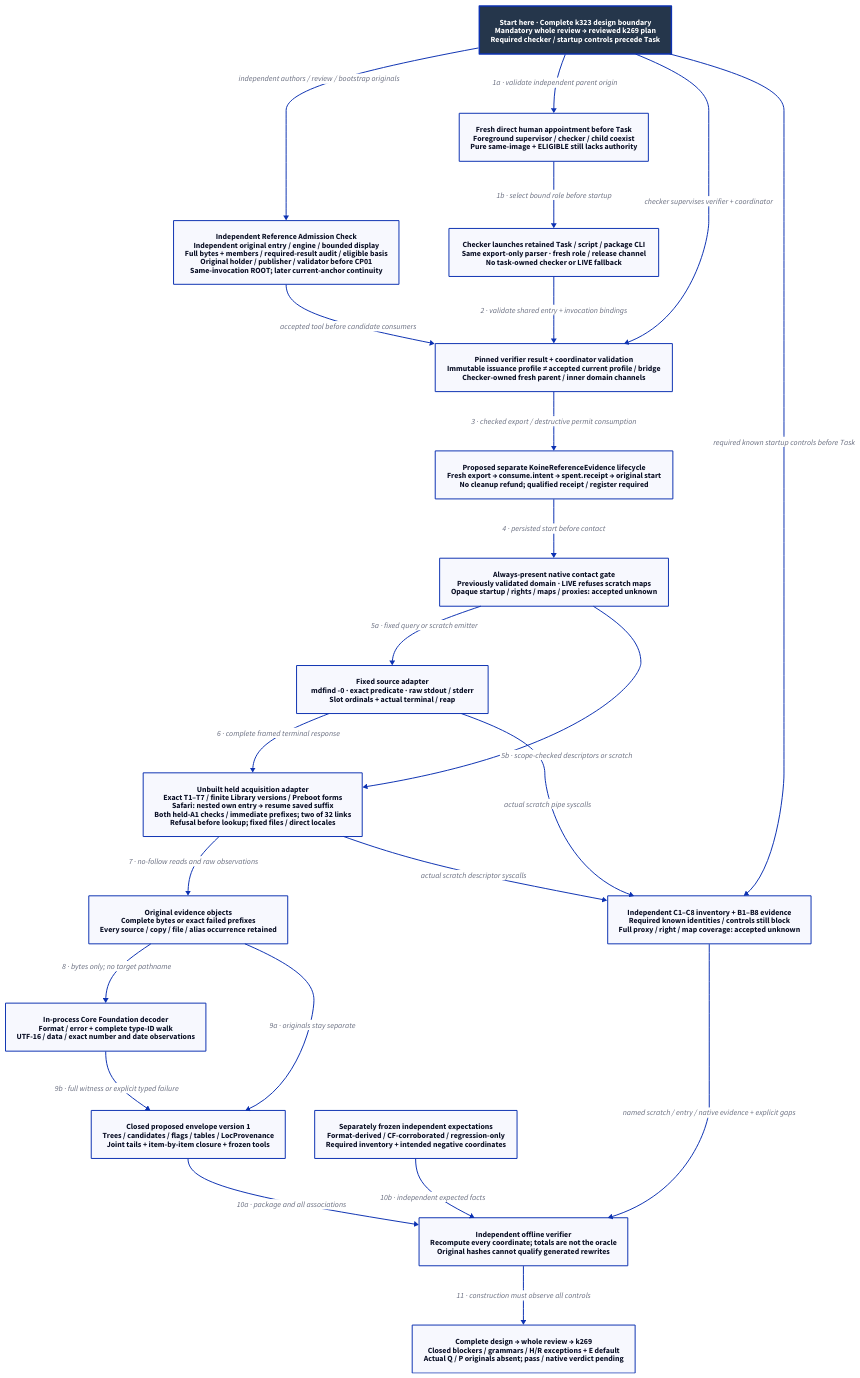
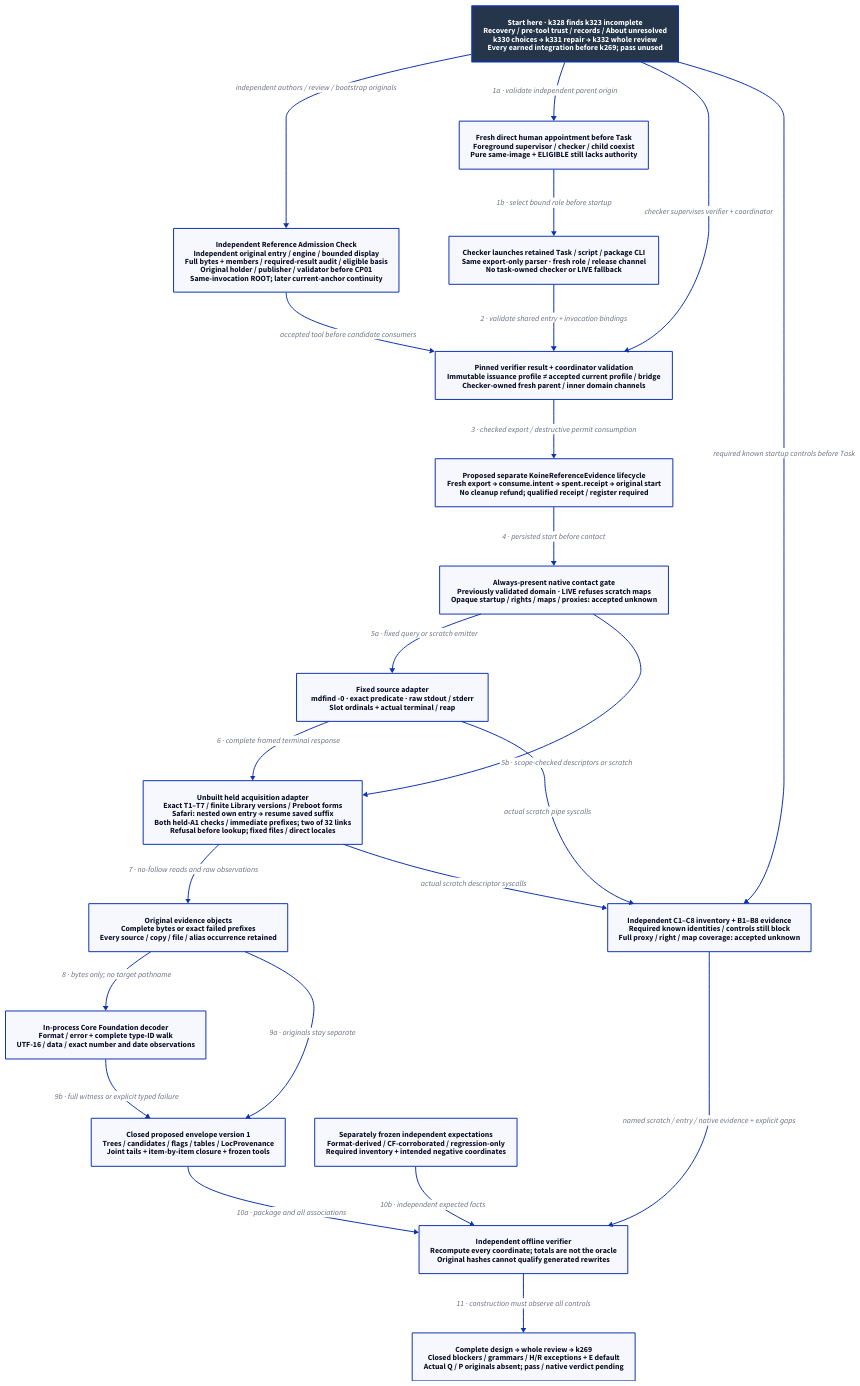
One commit to Linkuistics/Koine changed the diagram in docs/design/architecture/native-reference-instrument.d2. Above: the diagram before and after it, drawn with D2. The commit also changed 50 other files, not shown here.

Commit message:
Integrate practical admission review; place recovery decisions and whole replacement before construction (reference-evidence-practical-admission-k329)

```diff
--- a/docs/design/architecture/native-reference-instrument.d2
+++ b/docs/design/architecture/native-reference-instrument.d2
@@ -1,43 +1,43 @@
-# Proposed evidence-tool components; none is implemented or qualified by this design.
+# Reviewed k323 proposal; k330/k331/k332 replacement and integrations precede k269.
 direction: down
 classes: {
   start: {style: {fill: "#25364B"; font-color: "#FFFFFF"; bold: true; stroke-width: 3}}
 }
-Start: "Start here · Complete k323 design boundary\nMandatory whole review → reviewed k269 plan\nRequired checker / startup controls precede Task" {class: start}
+Start: "Start here · k328 finds k323 incomplete\nRecovery / pre-tool trust / records / About unresolved\nk330 choices → k331 repair → k332 whole review\nEvery earned integration before k269; pass unused" {class: start}
 Role: "Fresh direct human appointment before Task\nForeground supervisor / checker / child coexist\nPure same-image + ELIGIBLE still lacks authority"
 Task: "Checker launches retained Task / script / package CLI\nSame export-only parser · fresh role / release channel\nNo task-owned checker or LIVE fallback"
 Admission: "Pinned verifier result + coordinator validation\nImmutable issuance profile ≠ accepted current profile / bridge\nChecker-owned fresh parent / inner domain channels"
 Authority: "Proposed separate KoineReferenceEvidence lifecycle\nFresh export → consume.intent → spent.receipt → original start\nNo cleanup refund; qualified receipt / register required"
 Gate: "Always-present native contact gate\nPreviously validated domain · LIVE refuses scratch maps\nOpaque startup / rights / maps / proxies: accepted unknown"
 Source: "Fixed source adapter\nmdfind -0 · exact predicate · raw stdout / stderr\nSlot ordinals + actual terminal / reap"
 Held: "Unbuilt held acquisition adapter\nExact T1–T7 / finite Library versions / Preboot forms\nSafari: nested own entry → resume saved suffix\nBoth held-A1 checks / immediate prefixes; two of 32 links\nRefusal before lookup; fixed files / direct locales"
 Objects: "Original evidence objects\nComplete bytes or exact failed prefixes\nEvery source / copy / file / alias occurrence retained"
 Decoder: "In-process Core Foundation decoder\nFormat / error + complete type-ID walk\nUTF-16 / data / exact number and date observations"
 Envelope: "Closed proposed envelope version 1\nTrees / candidates / flags / tables / LocProvenance\nJoint tails + item-by-item closure + frozen tools"
 Oracle: "Separately frozen independent expectations\nFormat-derived / CF-corroborated / regression-only\nRequired inventory + intended negative coordinates"
 Observer: "Independent C1–C8 inventory + B1–B8 evidence\nRequired known identities / controls still block\nFull proxy / right / map coverage: accepted unknown"
 Verifier: "Independent offline verifier\nRecompute every coordinate; totals are not the oracle\nOriginal hashes cannot qualify generated rewrites"
 Boundary: "Complete design → whole review → k269\nClosed blockers / grammars / H/R exceptions + E default\nActual Q / P originals absent; pass / native verdict pending"
 Compare: "Independent Reference Admission Check\nIndependent original entry / engine / bounded display\nFull bytes + members / required-result audit / eligible basis\nOriginal holder / publisher / validator before CP01\nSame-invocation ROOT; later current-anchor continuity"
 Compare -> Admission: "accepted tool before candidate consumers"
 Start -> Compare: "independent authors / review / bootstrap originals"
 Start -> Role: "1a · validate independent parent origin"
 Role -> Task: "1b · select bound role before startup"
 Start -> Admission: "checker supervises verifier + coordinator"
 Start -> Observer: "required known startup controls before Task"
 Task -> Admission: "2 · validate shared entry + invocation bindings"
 Admission -> Authority: "3 · checked export / destructive permit consumption"
 Authority -> Gate: "4 · persisted start before contact"
 Gate -> Source: "5a · fixed query or scratch emitter"
 Gate -> Held: "5b · scope-checked descriptors or scratch"
 Source -> Held: "6 · complete framed terminal response"
 Held -> Objects: "7 · no-follow reads and raw observations"
 Objects -> Decoder: "8 · bytes only; no target pathname"
 Objects -> Envelope: "9a · originals stay separate"
 Decoder -> Envelope: "9b · full witness or explicit typed failure"
 Envelope -> Verifier: "10a · package and all associations"
 Oracle -> Verifier: "10b · independent expected facts"
 Source -> Observer: "actual scratch pipe syscalls"
 Held -> Observer: "actual scratch descriptor syscalls"
 Observer -> Verifier: "named scratch / entry / native evidence + explicit gaps"
 Verifier -> Boundary: "11 · construction must observe all controls"
```
